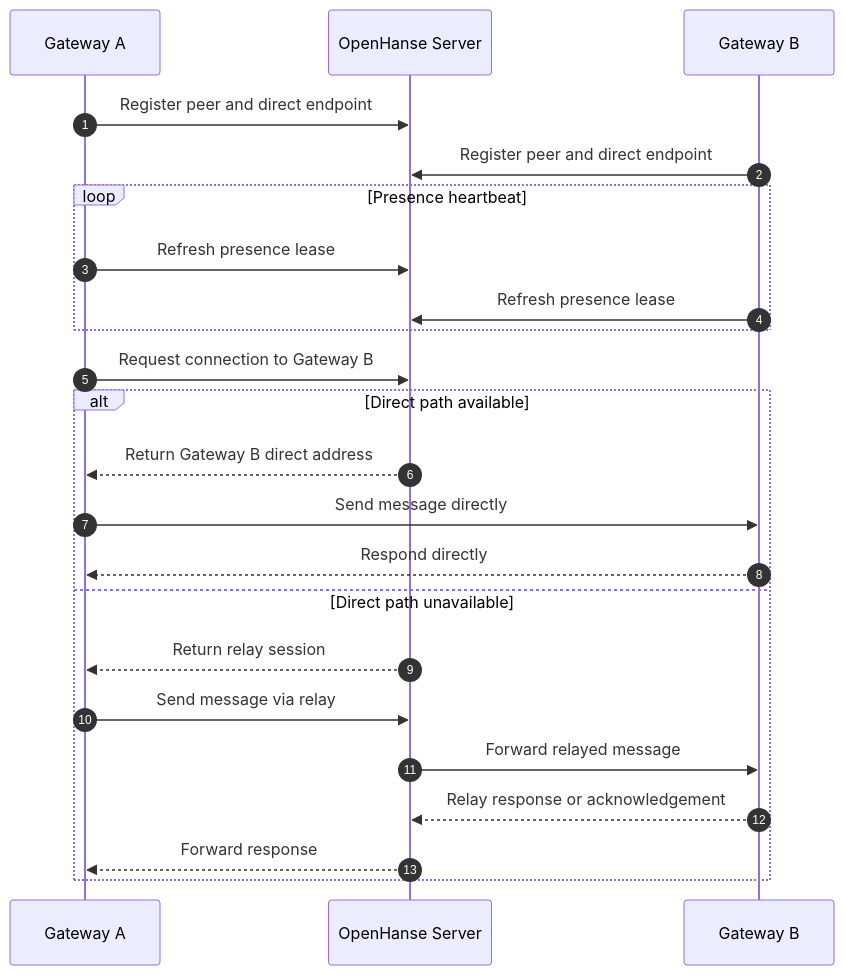
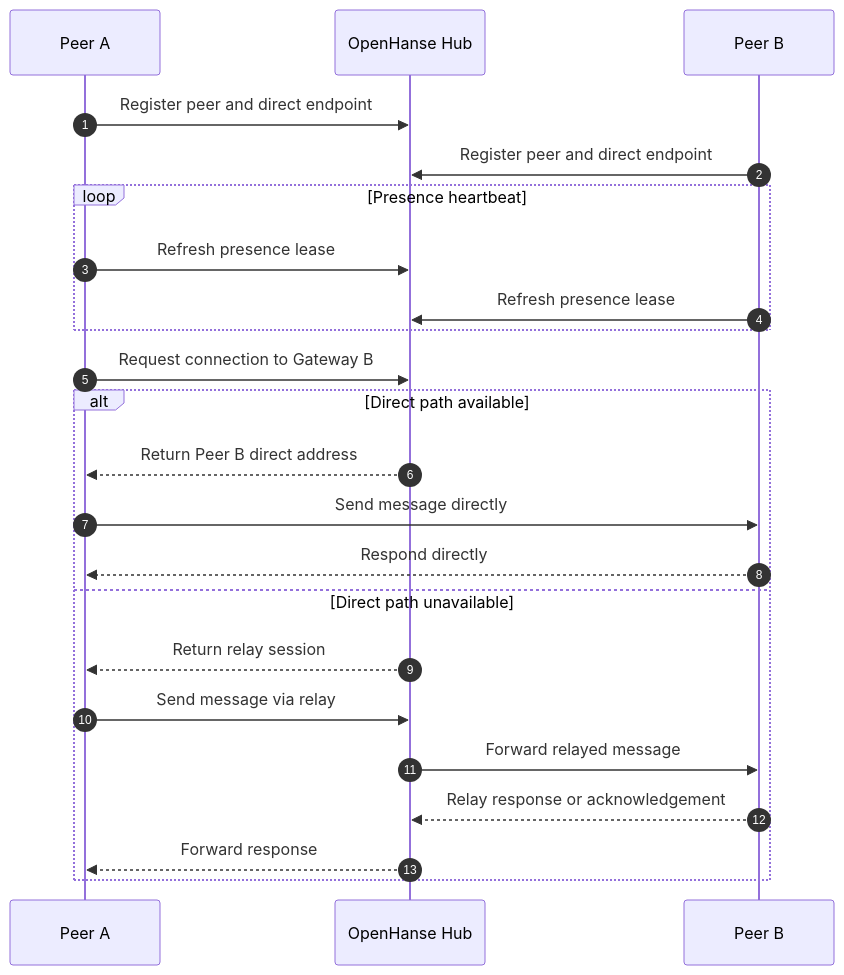
The second of 2 diagrams in README.md (OpenHanse/openhanse), drawn with Mermaid before and after one commit. The commit also changed other lines of this file and 4 other files, not shown here.

````diff
--- a/README.md
+++ b/README.md
@@ -59,29 +59,29 @@
 ```mermaid
 sequenceDiagram
     autonumber
-    participant GatewayA as Gateway A
-    participant Server as OpenHanse Server
-    participant GatewayB as Gateway B
+    participant GatewayA as Peer A
+    participant Server as OpenHanse Hub
+    participant GatewayB as Peer B
 
     GatewayA->>Server: Register peer and direct endpoint
     GatewayB->>Server: Register peer and direct endpoint
 
     loop Presence heartbeat
         GatewayA->>Server: Refresh presence lease
         GatewayB->>Server: Refresh presence lease
     end
 
     GatewayA->>Server: Request connection to Gateway B
 
     alt Direct path available
-        Server-->>GatewayA: Return Gateway B direct address
+        Server-->>GatewayA: Return Peer B direct address
         GatewayA->>GatewayB: Send message directly
         GatewayB-->>GatewayA: Respond directly
     else Direct path unavailable
         Server-->>GatewayA: Return relay session
         GatewayA->>Server: Send message via relay
         Server->>GatewayB: Forward relayed message
         GatewayB-->>Server: Relay response or acknowledgement
         Server-->>GatewayA: Forward response
     end
 ```
````
